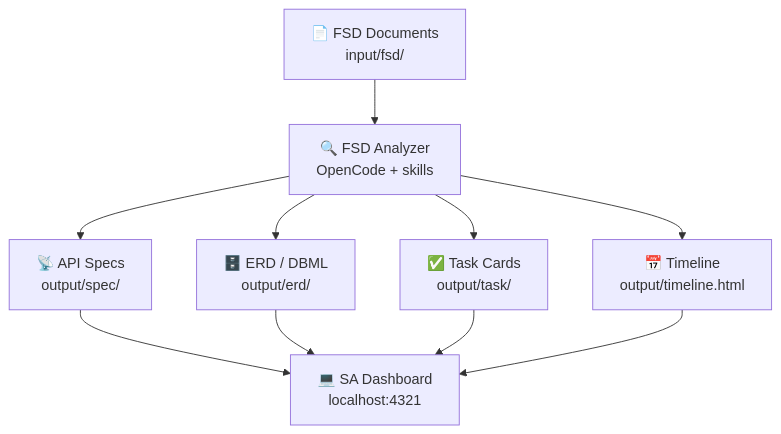
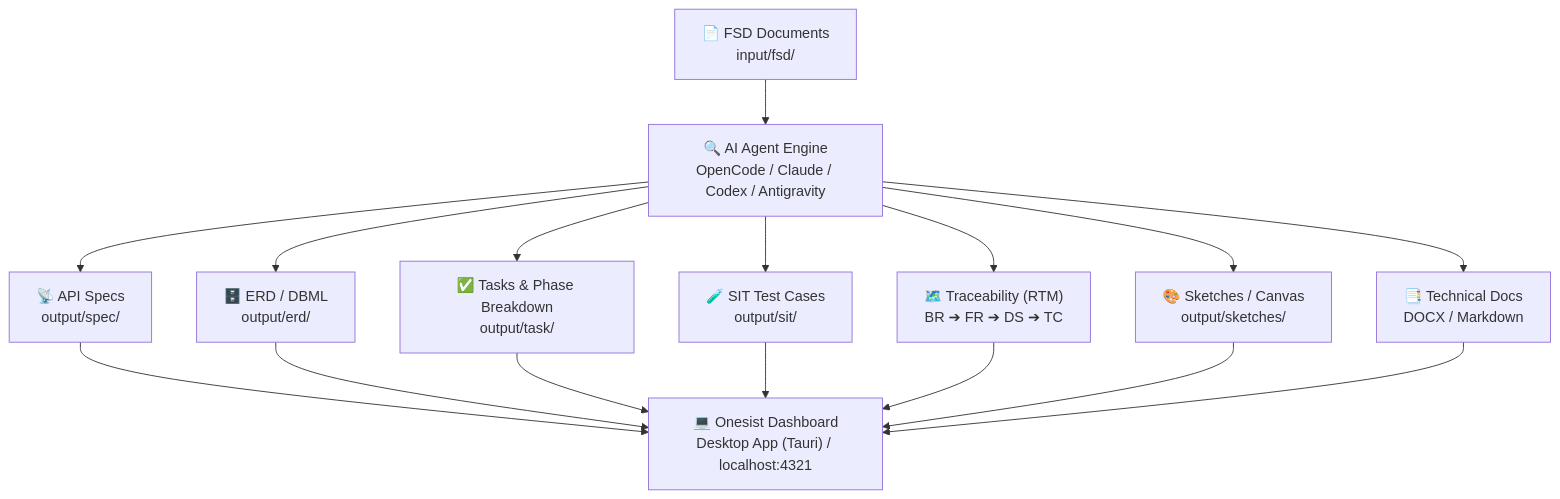
The diagram in README.md (rogasper/onesist), drawn with Mermaid before and after one commit. The commit also changed other lines of this file, not shown here.

First line of the commit message:
refactor(README): update project description, features, and agent integration details

````diff
--- a/README.md
+++ b/README.md
@@ -5,9 +5,12 @@
 ```mermaid
 flowchart TD
-    A["📄 FSD Documents<br/>input/fsd/"] --> B["🔍 FSD Analyzer<br/>OpenCode + skills"]
+    A["📄 FSD Documents<br/>input/fsd/"] --> B["🔍 AI Agent Engine<br/>OpenCode / Claude / Codex / Antigravity"]
     B --> C["📡 API Specs<br/>output/spec/"]
     B --> D["🗄️ ERD / DBML<br/>output/erd/"]
-    B --> E["✅ Task Cards<br/>output/task/"]
-    B --> F["📅 Timeline<br/>output/timeline.html"]
-    C & D & E & F --> G["💻 SA Dashboard<br/>localhost:4321"]
+    B --> E["✅ Tasks & Phase Breakdown<br/>output/task/"]
+    B --> F["🧪 SIT Test Cases<br/>output/sit/"]
+    B --> G["🗺️ Traceability (RTM)<br/>BR ➔ FR ➔ DS ➔ TC"]
+    B --> H["🎨 Sketches / Canvas<br/>output/sketches/"]
+    B --> I["📑 Technical Docs<br/>DOCX / Markdown"]
+    C & D & E & F & G & H & I --> J["💻 Onesist Dashboard<br/>Desktop App (Tauri) / localhost:4321"]
 ```
````
